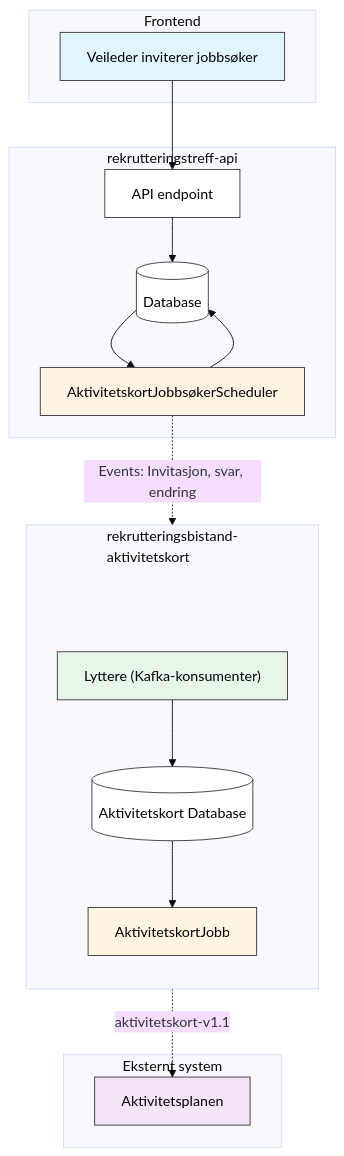
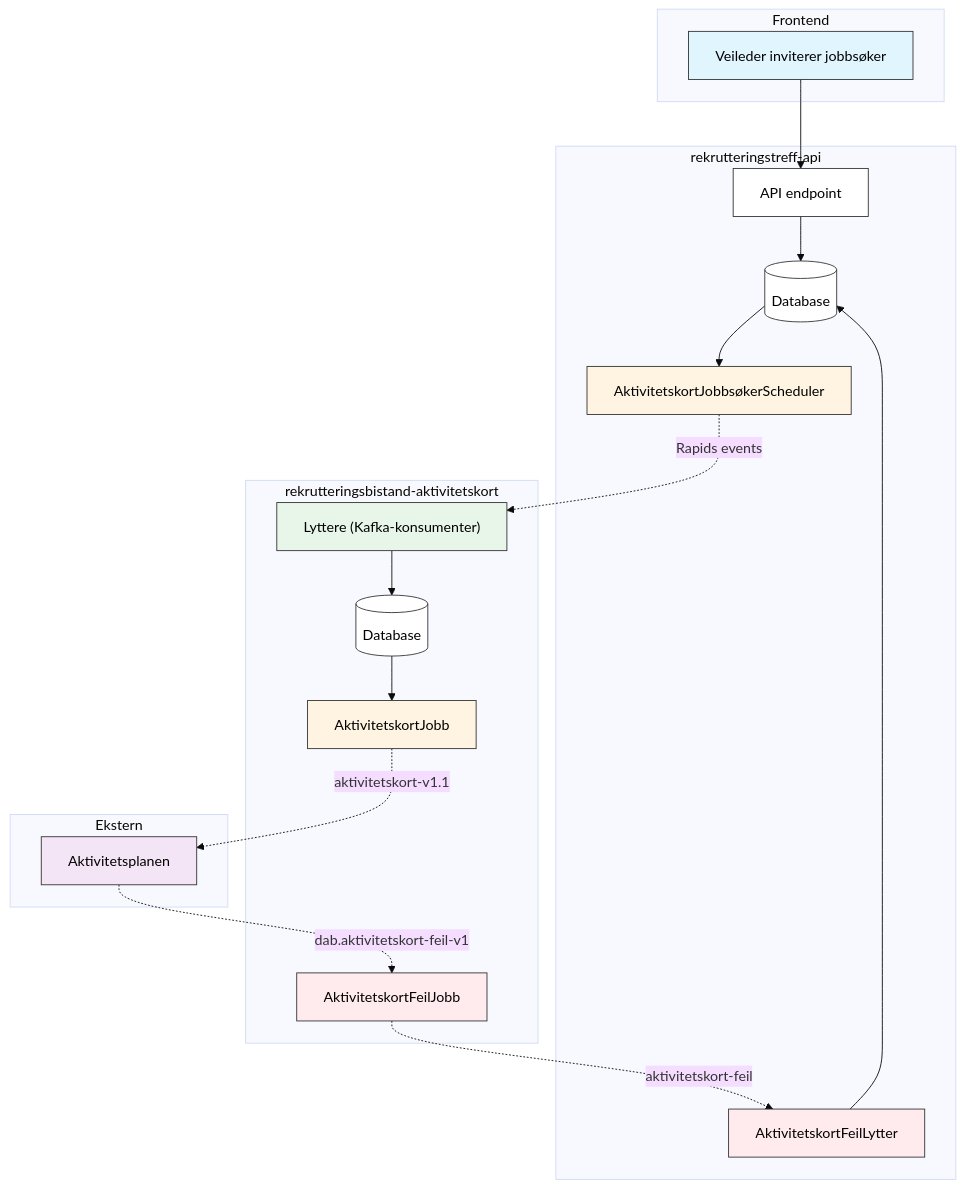
The diagram in docs/4-integrasjoner/aktivitetskort.md (navikt/rekrutteringstreff-backend), drawn with Mermaid (base theme) before and after one commit. The commit also changed other lines of this file, not shown here.

Commit message:
Oppdater aktivitetskortdiagram

````diff
--- a/docs/4-integrasjoner/aktivitetskort.md
+++ b/docs/4-integrasjoner/aktivitetskort.md
@@ -11,51 +9,49 @@
 ```mermaid
 graph TB
     subgraph Frontend
         UI[Veileder inviterer jobbsøker]
     end
 
     subgraph "rekrutteringstreff-api"
         API[API endpoint]
         DB[(Database)]
         Scheduler[AktivitetskortJobbsøkerScheduler]
+        FeilLytter[AktivitetskortFeilLytter]
     end
 
-    subgraph "rekrutteringsbistand-<br/>aktivitetskort"
-        direction TB
-        %% Spacer for å unngå at tittelen kræsjer med noden
-        Spacer[ ]
+    subgraph "rekrutteringsbistand-aktivitetskort"
         Lyttere["Lyttere (Kafka-konsumenter)"]
-        AktDB[("Aktivitetskort Database")]
+        AktDB[(Database)]
         AktJobb[AktivitetskortJobb]
-        Spacer ~~~ Lyttere
+        FeilJobb[AktivitetskortFeilJobb]
     end
 
-    subgraph "Eksternt system"
+    subgraph "Ekstern"
         Aktivitetsplan[Aktivitetsplanen]
     end
 
+    %% Hovedflyt
     UI --> API
     API --> DB
-
-    Scheduler --> DB
     DB --> Scheduler
-
-    %% Kafka-flyt (Rapids & Rivers)
-    %% Stiplet linje indikerer asynkron kommunikasjon via Kafka
-    Scheduler -.->|Events: Invitasjon, svar, endring| Lyttere
-
+    Scheduler -.->|Rapids events| Lyttere
     Lyttere --> AktDB
     AktDB --> AktJobb
     AktJobb -.->|aktivitetskort-v1.1| Aktivitetsplan
 
+    %% Feilflyt
+    Aktivitetsplan -.->|dab.aktivitetskort-feil-v1| FeilJobb
+    FeilJobb -.->|aktivitetskort-feil| FeilLytter
+    FeilLytter --> DB
+
     style UI fill:#e1f5ff,color:#000,stroke:#333
     style Scheduler fill:#fff4e1,color:#000,stroke:#333
+    style AktJobb fill:#fff4e1,color:#000,stroke:#333
     style Lyttere fill:#e8f5e9,color:#000,stroke:#333
-    style AktJobb fill:#fff4e1,color:#000,stroke:#333
+    style FeilLytter fill:#ffebee,color:#000,stroke:#333
+    style FeilJobb fill:#ffebee,color:#000,stroke:#333
     style Aktivitetsplan fill:#f3e5f5,color:#000,stroke:#333
-    style Spacer fill:none,stroke:none,color:transparent
-
     style API fill:#fff,color:#000,stroke:#333
     style DB fill:#fff,color:#000,stroke:#333
     style AktDB fill:#fff,color:#000,stroke:#333
 ```
````
